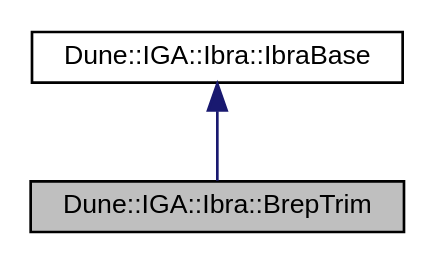
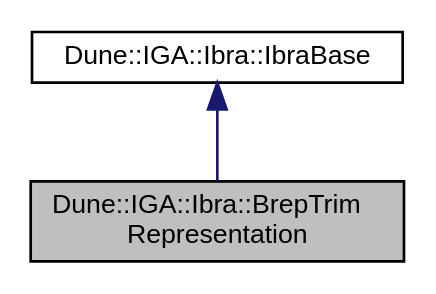
The diagram in dd/d5d/a01325.dot (rath3t/dune-iga-doc), drawn with Graphviz before and after one commit. The commit also changed 1449 other files, not shown here.

Commit message:
deploy: rath3t/dune-iga@c37fb8baec5ad367eeeef185a6493b53d9910953

```diff
--- a/dd/d5d/a01325.dot
+++ b/dd/d5d/a01325.dot
@@ -1,9 +1,9 @@
-digraph "Dune::IGA::Ibra::BrepTrim"
+digraph "Dune::IGA::Ibra::BrepTrimRepresentation"
 {
  // LATEX_PDF_SIZE
   edge [fontname="Helvetica",fontsize="10",labelfontname="Helvetica",labelfontsize="10"];
   node [fontname="Helvetica",fontsize="10",shape=record];
-  Node1 [label="Dune::IGA::Ibra::BrepTrim",height=0.2,width=0.4,color="black", fillcolor="grey75", style="filled", fontcolor="black",tooltip=" "];
+  Node1 [label="Dune::IGA::Ibra::BrepTrim\lRepresentation",height=0.2,width=0.4,color="black", fillcolor="grey75", style="filled", fontcolor="black",tooltip=" "];
   Node2 -> Node1 [dir="back",color="midnightblue",fontsize="10",style="solid",fontname="Helvetica"];
-  Node2 [label="Dune::IGA::Ibra::IbraBase",height=0.2,width=0.4,color="black", fillcolor="white", style="filled",URL="$d9/de6/a01314.html",tooltip=" "];
+  Node2 [label="Dune::IGA::Ibra::IbraBase",height=0.2,width=0.4,color="black", fillcolor="white", style="filled",URL="$d6/dfa/a01318.html",tooltip=" "];
 }
```
